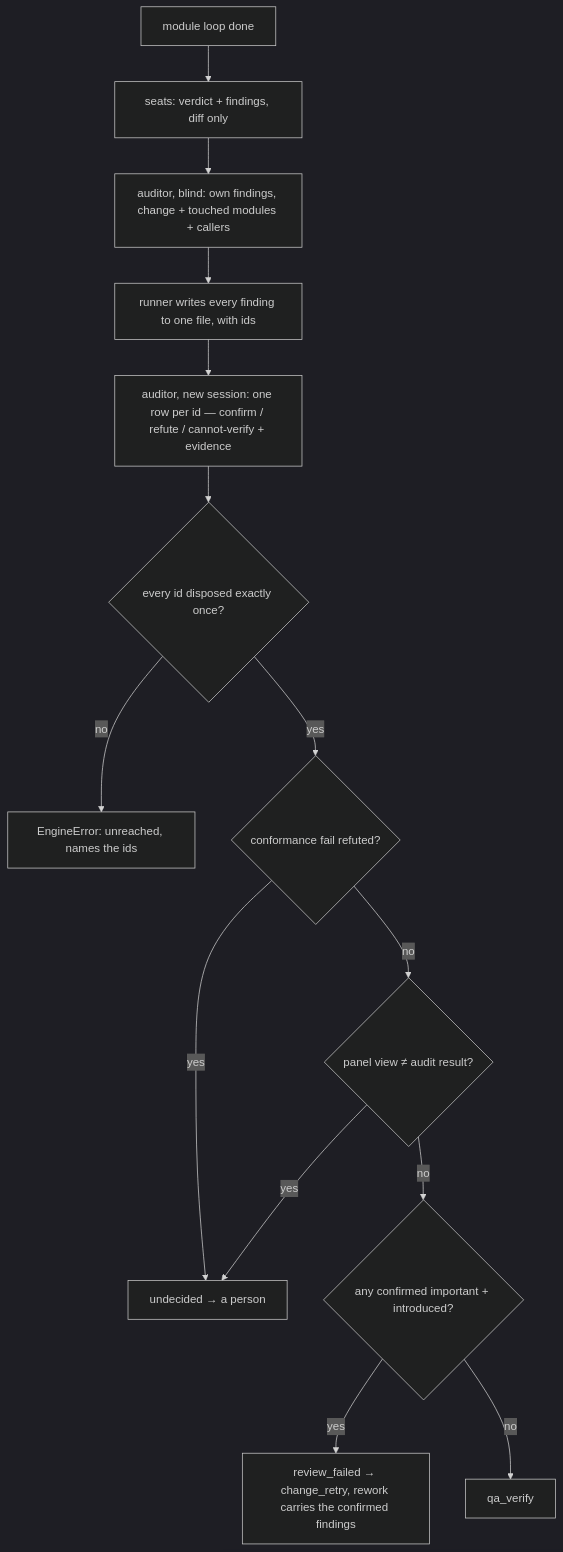
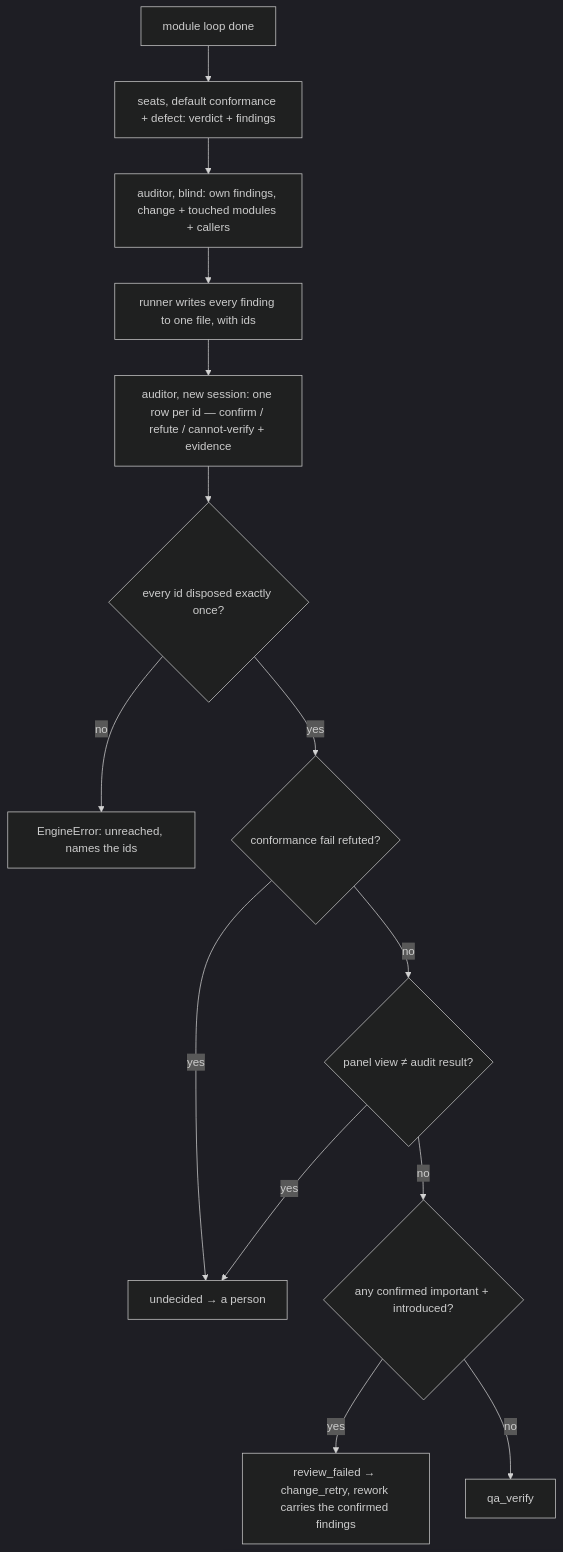
The second of 2 diagrams in docs/changes/CHG-20261028-01.md (kamira/ai-sdlc-runner), drawn with Mermaid (dark theme) before and after one commit. The commit also changed other lines of this file, not shown here.

First line of the commit message:
docs: CHG-20261028-01 — Q1 answered: default to the necessary seats only (CHG-20261028-01)

````diff
--- a/docs/changes/CHG-20261028-01.md
+++ b/docs/changes/CHG-20261028-01.md
@@ -155,16 +181,16 @@
 ```mermaid
 flowchart TD
-  M[module loop done] --> LR[seats: verdict + findings, diff only]
+  M[module loop done] --> LR[seats, default conformance + defect: verdict + findings]
   LR --> AR[auditor, blind: own findings, change + touched modules + callers]
   AR --> W[runner writes every finding to one file, with ids]
   W --> AD[auditor, new session: one row per id — confirm / refute / cannot-verify + evidence]
   AD --> C1{every id disposed exactly once?}
   C1 -- no --> E[EngineError: unreached, names the ids]
   C1 -- yes --> C2{conformance fail refuted?}
   C2 -- yes --> U[undecided → a person]
   C2 -- no --> C3{panel view ≠ audit result?}
   C3 -- yes --> U
   C3 -- no --> C4{any confirmed important + introduced?}
   C4 -- yes --> F[review_failed → change_retry, rework carries the confirmed findings]
   C4 -- no --> P[qa_verify]
 ```
````
